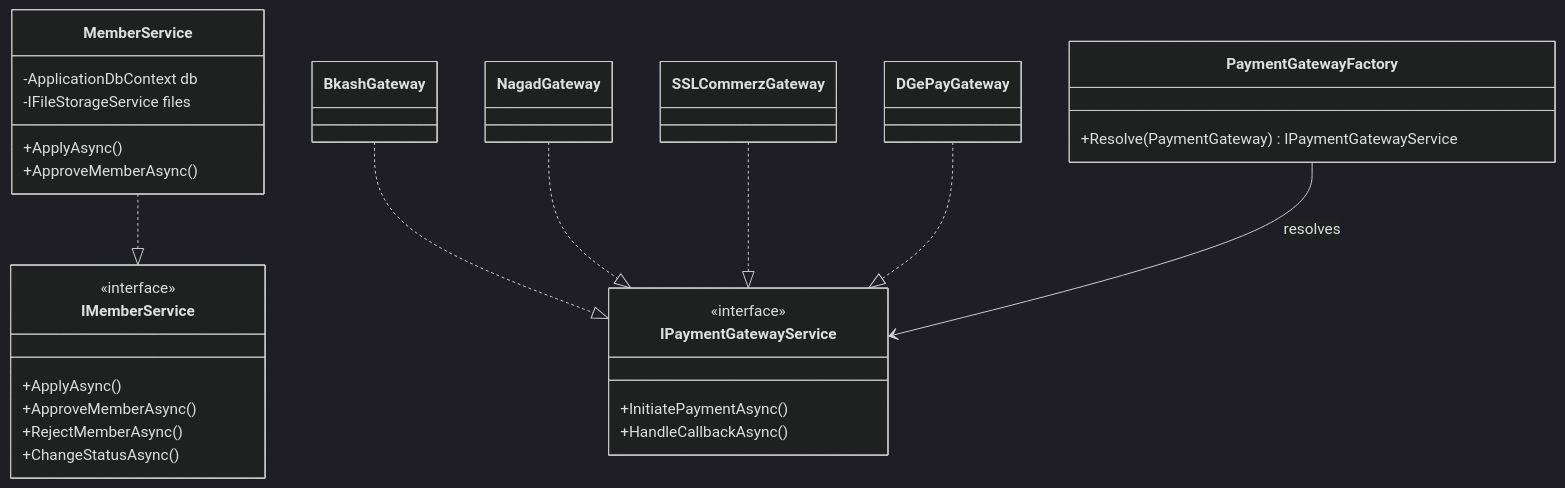
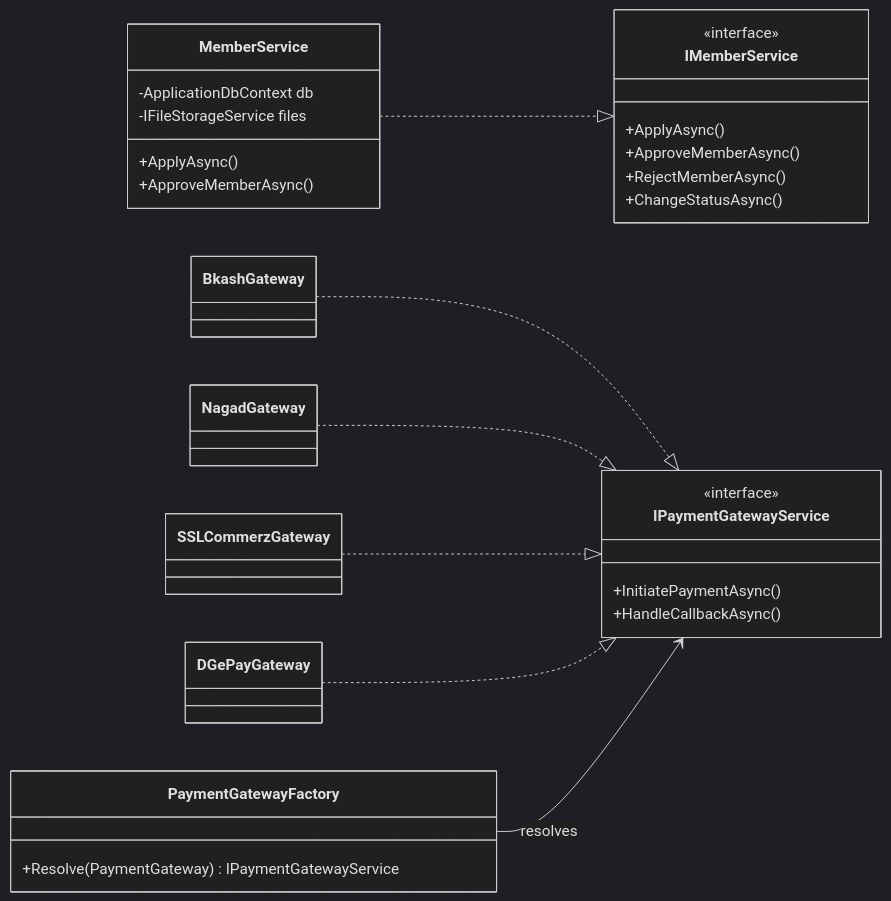
One commit to shalin-rahman/GHCAA changed the eighth of 13 diagrams in docs/book/06-architecture.md. Above: the diagram before and after it, drawn with Mermaid (dark theme). The commit also changed other lines of this file and 22 other files, not shown here.

First line of the commit message:
docs(book): align with the implementation, fit every figure to A4, print a real PDF

````diff
--- a/docs/book/06-architecture.md
+++ b/docs/book/06-architecture.md
@@ -637,34 +861,35 @@
 ```mermaid
 classDiagram
+    direction LR
     class IMemberService {
         <<interface>>
         +ApplyAsync()
         +ApproveMemberAsync()
         +RejectMemberAsync()
         +ChangeStatusAsync()
     }
     class MemberService {
         -ApplicationDbContext db
         -IFileStorageService files
         +ApplyAsync()
         +ApproveMemberAsync()
     }
     class IPaymentGatewayService {
         <<interface>>
         +InitiatePaymentAsync()
         +HandleCallbackAsync()
     }
     class PaymentGatewayFactory {
         +Resolve(PaymentGateway) IPaymentGatewayService
     }
     class BkashGateway
     class NagadGateway
     class SSLCommerzGateway
     class DGePayGateway
     MemberService ..|> IMemberService
     BkashGateway ..|> IPaymentGatewayService
     NagadGateway ..|> IPaymentGatewayService
     SSLCommerzGateway ..|> IPaymentGatewayService
     DGePayGateway ..|> IPaymentGatewayService
     PaymentGatewayFactory --> IPaymentGatewayService : resolves
 ```
````
